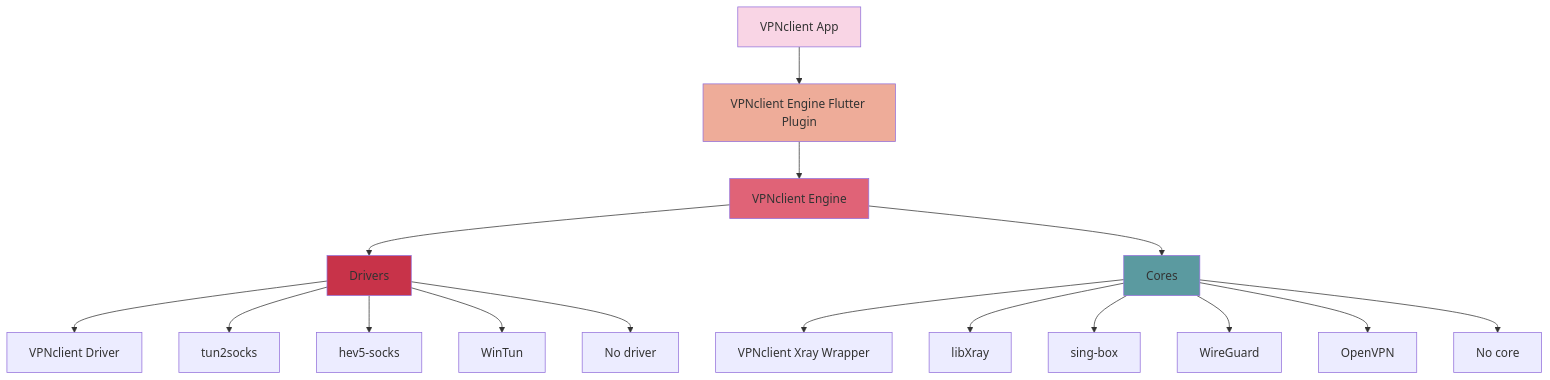
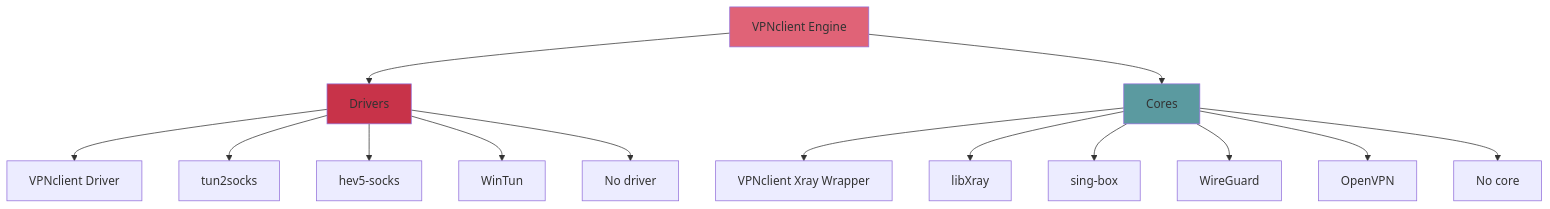
Before and after one commit to VPNclient/flutter_vpn_engine: the diagram in README.md, drawn with Mermaid.

````diff
--- a/README.md
+++ b/README.md
@@ -13,25 +13,21 @@
 ```mermaid
 graph TD
-  style A fill:#f9d5e5
-  A[VPNclient App] --> B[VPNclient Engine Flutter Plugin]
-  style B fill:#eeac99
-  B --> C[VPNclient Engine]
   style C fill:#e06377
-  C --> D[Drivers]
+  C[VPNclient Engine] --> D[Drivers]
   C --> E[Cores]
 
   style D fill:#c83349
   D --> F[VPNclient Driver]
   D --> G[tun2socks]
   D --> H[hev5-socks]
   D --> I[WinTun]
   D --> J[No driver]
 
   style E fill:#5b9aa0
   E --> K[VPNclient Xray Wrapper]
   E --> L[libXray]
   E --> M[sing-box]
   E --> N[WireGuard]
   E --> O[OpenVPN]
   E --> P[No core]
 ``` 
````
